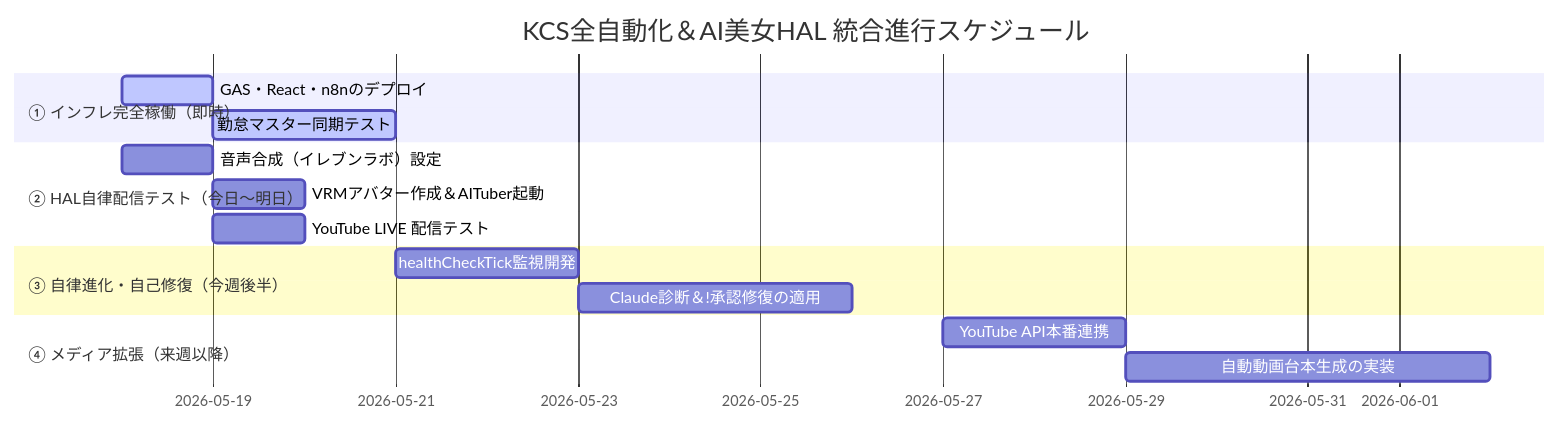
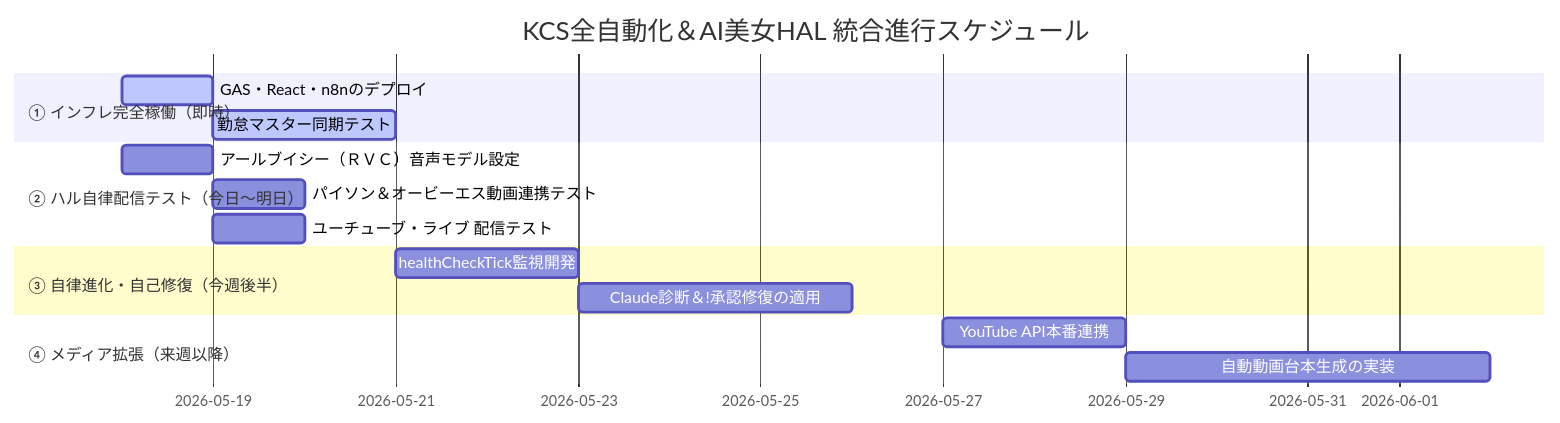
The third of 3 diagrams in APP会社/KCS_INTEGRATED_PLANNING_SHEET.md (kenny1102bleu-lab/attendance-app), drawn with Mermaid before and after one commit. The commit also changed other lines of this file and 17 other files, not shown here.

````diff
--- a/APP会社/KCS_INTEGRATED_PLANNING_SHEET.md
+++ b/APP会社/KCS_INTEGRATED_PLANNING_SHEET.md
@@ -160,18 +160,18 @@
 ```mermaid
 gantt
     title KCS全自動化＆AI美女HAL 統合進行スケジュール
     dateFormat  YYYY-MM-DD
     section ① インフレ完全稼働（即時）
     GAS・React・n8nのデプロイ     :active, a1, 2026-05-18, 1d
     勤怠マスター同期テスト        :active, a2, 2026-05-19, 2d
-    section ② HAL自律配信テスト（今日〜明日）
-    音声合成（イレブンラボ）設定  :b1, 2026-05-18, 1d
-    VRMアバター作成＆AITuber起動 :b2, 2026-05-19, 1d
-    YouTube LIVE 配信テスト       :b3, 2026-05-19, 1d
+    section ② ハル自律配信テスト（今日〜明日）
+    アールブイシー（ＲＶＣ）音声モデル設定  :b1, 2026-05-18, 1d
+    パイソン＆オービーエス動画連携テスト :b2, 2026-05-19, 1d
+    ユーチューブ・ライブ 配信テスト       :b3, 2026-05-19, 1d
     section ③ 自律進化・自己修復（今週後半）
     healthCheckTick監視開発       :c1, 2026-05-21, 2d
     Claude診断＆!承認修復の適用    :c2, 2026-05-23, 3d
     section ④ メディア拡張（来週以降）
     YouTube API本番連携          :d1, 2026-05-27, 2d
     自動動画台本生成の実装        :d2, 2026-05-29, 4d
 ```
````
